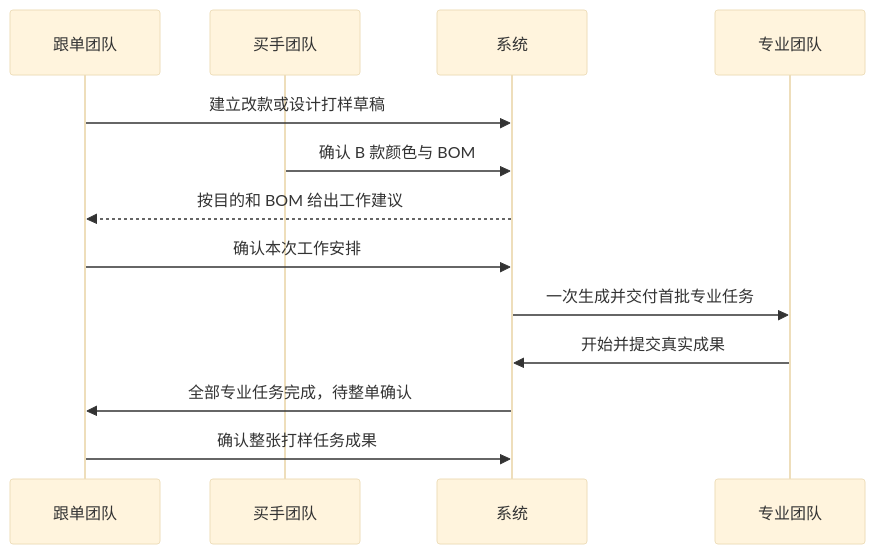
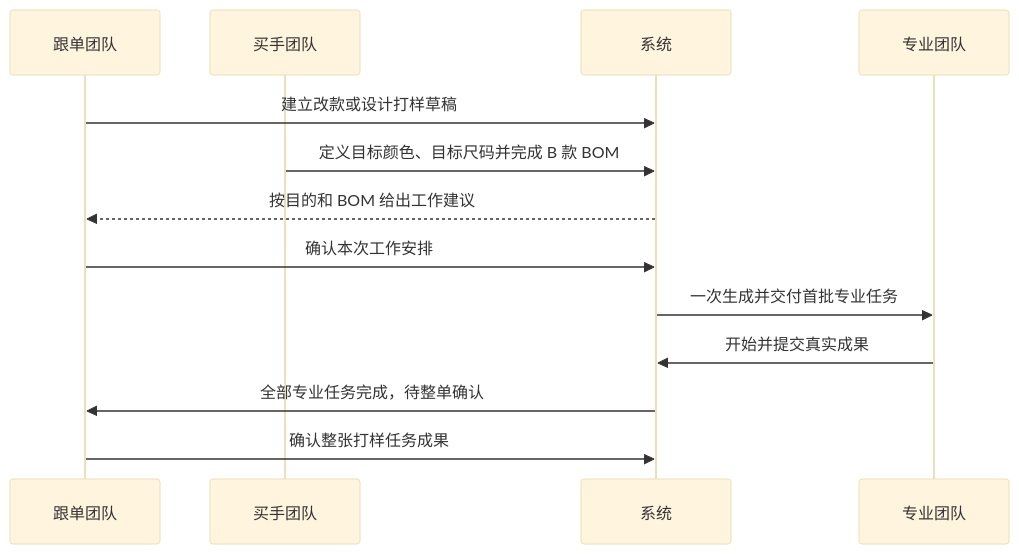
The second of 5 diagrams in docs/product-design/PCS生产工程管理总体设计文档.md (laoertongxue/higoods), drawn with Mermaid (base theme) before and after one commit. The commit also changed other lines of this file and 17 other files, not shown here.

````diff
--- a/docs/product-design/PCS生产工程管理总体设计文档.md
+++ b/docs/product-design/PCS生产工程管理总体设计文档.md
@@ -143,15 +172,15 @@
 ```mermaid
 sequenceDiagram
   participant G as 跟单团队
   participant M as 买手团队
   participant S as 系统
   participant T as 专业团队
   G->>S: 建立改款或设计打样草稿
-  M->>S: 确认 B 款颜色与 BOM
+  M->>S: 定义目标颜色、目标尺码并完成 B 款 BOM
   S-->>G: 按目的和 BOM 给出工作建议
   G->>S: 确认本次工作安排
   S->>T: 一次生成并交付首批专业任务
   T->>S: 开始并提交真实成果
   S->>G: 全部专业任务完成，待整单确认
   G->>S: 确认整张打样任务成果
 ```
````
